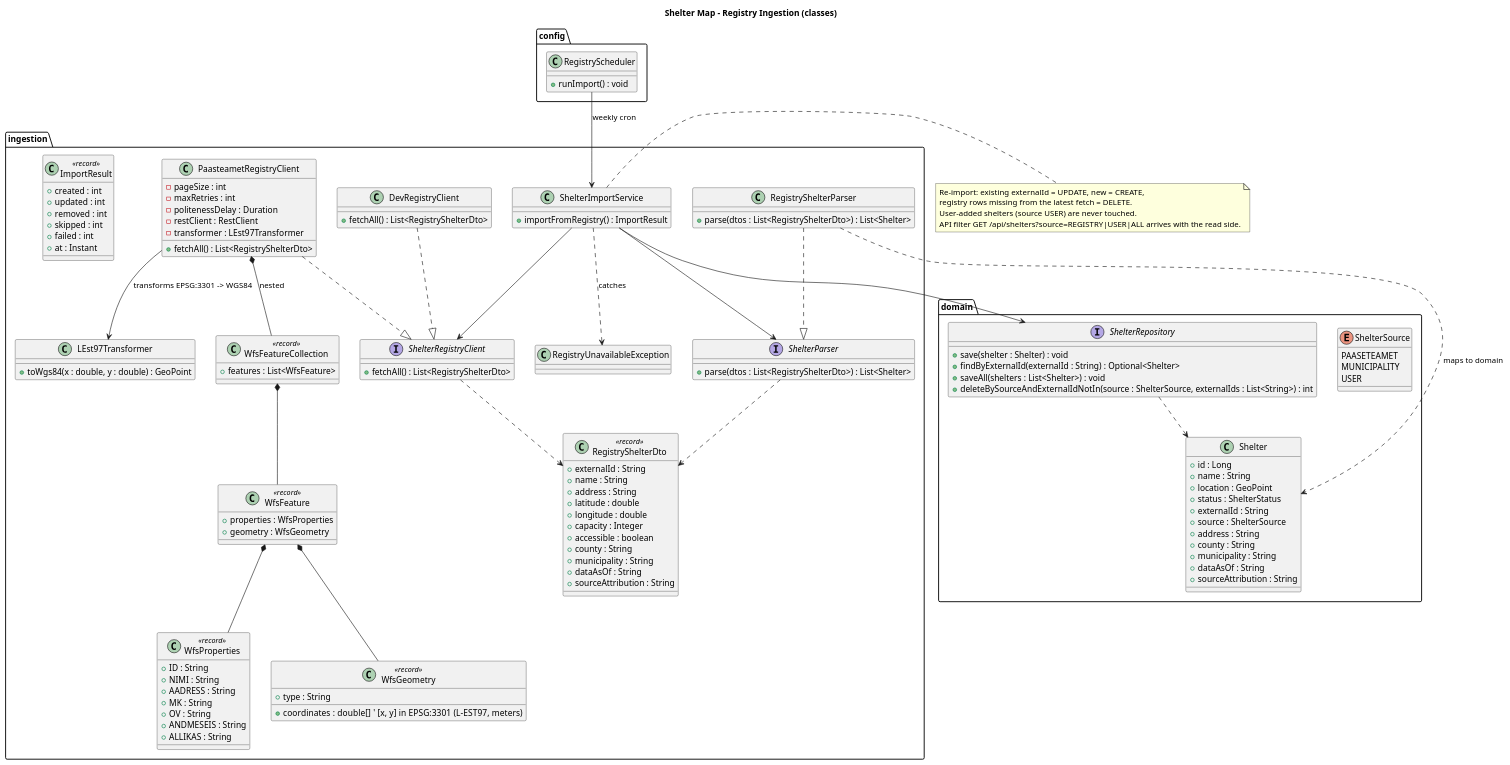
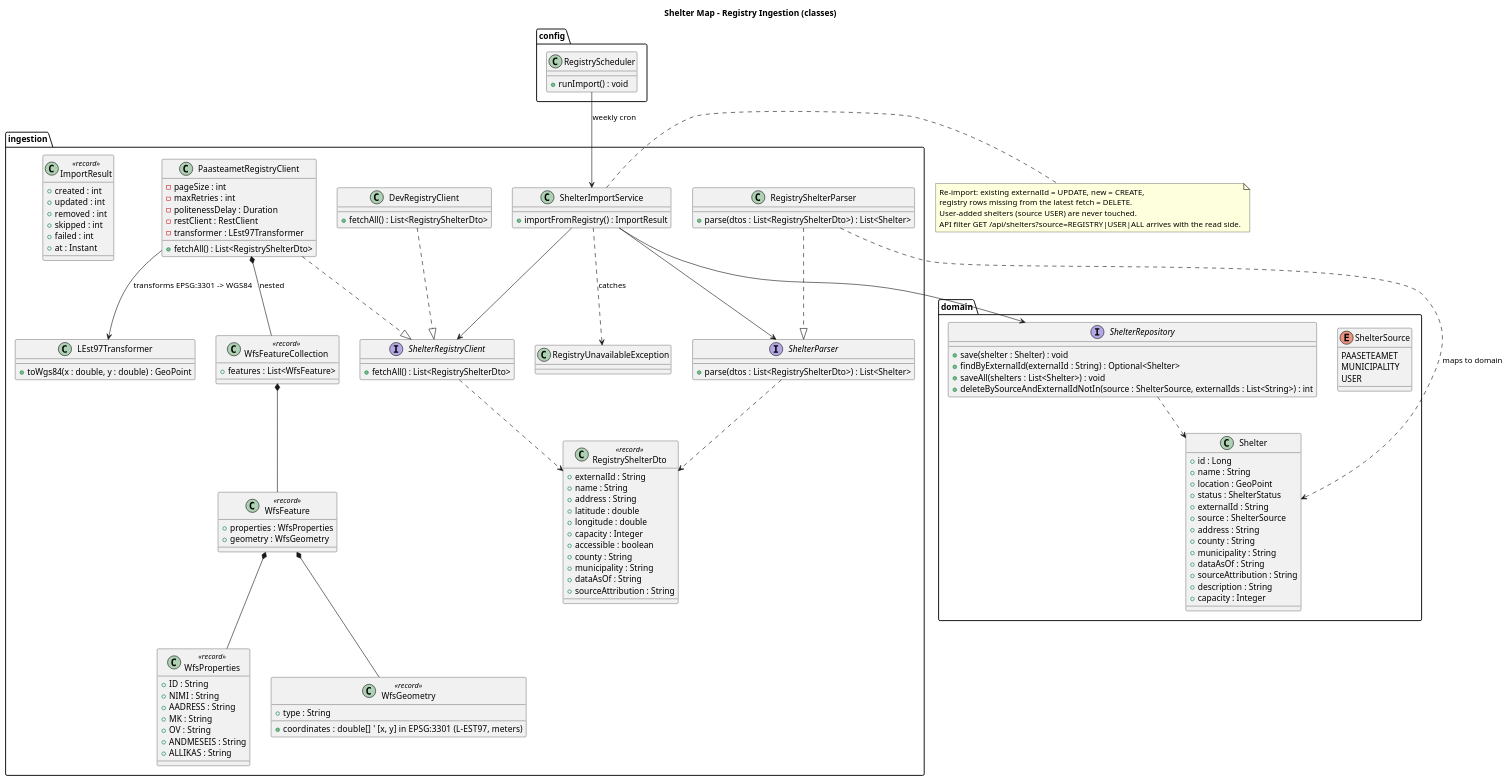
The first of 2 diagrams in context-and-tasks/04-ingestion.puml (Bro223/OpenShelter), drawn with PlantUML before and after one commit. The commit also changed 70 other files, not shown here.

```diff
--- a/context-and-tasks/04-ingestion.puml
+++ b/context-and-tasks/04-ingestion.puml
@@ -1,164 +1,167 @@
 @startuml
 title Shelter Map - Registry Ingestion (classes)
 ' Anti-corruption layer: the external registry format never leaks into the domain.
 ' Dependency direction: ingestion --> domain (Shelter, ShelterRepository). Nothing else changes.
 
 package "ingestion" {
   interface ShelterRegistryClient {
     + fetchAll() : List<RegistryShelterDto>
   }
 
   class PaasteametRegistryClient {
     + fetchAll() : List<RegistryShelterDto>
     ' WFS GetFeature client: typeName=VARJEKOHT, outputFormat=geojson,
     ' startIndex pagination. Retries with backoff, politeness (SDI Ch 9).
     ' Maa-amet ignores srsName - coordinates always arrive in EPSG:3301.
     - pageSize : int
     - maxRetries : int
     - politenessDelay : Duration
     - restClient : RestClient
     - transformer : LEst97Transformer
   }
 
   class DevRegistryClient {
     + fetchAll() : List<RegistryShelterDto>
     ' Reads a local JSON fixture - dev/CI runs without network.
   }
 
   class LEst97Transformer {
     + toWgs84(x : double, y : double) : GeoPoint
     ' EPSG:3301 (L-EST97, meters) -> EPSG:4326 (WGS84) via proj4j.
     ' CRS defined from parameters - no EPSG registry resource needed.
   }
 
   ' Internal WFS payload records (nested inside PaasteametRegistryClient):
   class WfsFeatureCollection <<record>> {
     + features : List<WfsFeature>
   }
   class WfsFeature <<record>> {
     + properties : WfsProperties
     + geometry : WfsGeometry
   }
   class WfsProperties <<record>> {
     + ID : String
     + NIMI : String
     + AADRESS : String
     + MK : String
     + OV : String
     + ANDMESEIS : String
     + ALLIKAS : String
   }
   class WfsGeometry <<record>> {
     + type : String
     + coordinates : double[]   ' [x, y] in EPSG:3301 (L-EST97, meters)
   }
 
   class RegistryShelterDto <<record>> {
     + externalId : String
     + name : String
     + address : String
     + latitude : double
     + longitude : double
     + capacity : Integer
     + accessible : boolean
     + county : String
     + municipality : String
     + dataAsOf : String
     + sourceAttribution : String
     ' The registry JSON shape - dies at this boundary.
     ' Full WFS record is stored locally; the API serves only the lean projection.
   }
 
   interface ShelterParser {
     + parse(dtos : List<RegistryShelterDto>) : List<Shelter>
   }
 
   class RegistryShelterParser {
     + parse(dtos : List<RegistryShelterDto>) : List<Shelter>
     ' Validates coordinates + Estonia bbox; malformed rows skipped and counted.
   }
 
   class ShelterImportService {
     + importFromRegistry() : ImportResult
     ' Orchestrates: fetch, parse, dedupe, upsert, remove delisted.
   }
 
   class ImportResult <<record>> {
     + created : int
     + updated : int
     + removed : int
     + skipped : int
     + failed : int
     + at : Instant
   }
 
   class RegistryUnavailableException {
     ' Thrown when the registry is unreachable - import fails gracefully.
   }
 }
 
 package "config" {
   class RegistryScheduler {
     + runImport() : void
     ' @Scheduled cron (default Mon 03:00 Europe/Tallinn; app.registry.cron/zone),
     ' AtomicBoolean overlap guard, failure-tolerant logging, schedule-enabled toggle.
   }
 }
 
 package "domain" {
   class Shelter {
     + id : Long
     + name : String
     + location : GeoPoint
     + status : ShelterStatus
     + externalId : String
     + source : ShelterSource
     + address : String
     + county : String
     + municipality : String
     + dataAsOf : String
     + sourceAttribution : String
+    + description : String
+    + capacity : Integer
     ' externalId + source set by the import side. User submissions: externalId null, source USER.
     ' Full WFS record (address/county/municipality/dataAsOf/sourceAttribution) is
     ' stored locally; the API DTO serves only what the map needs.
+    ' description/capacity: USER-submission details (stored since V3; null for registry rows).
   }
 
   enum ShelterSource {
     PAASETEAMET
     MUNICIPALITY
     USER
   }
 
   interface ShelterRepository {
     + save(shelter : Shelter) : void
     + findByExternalId(externalId : String) : Optional<Shelter>
     + saveAll(shelters : List<Shelter>) : void
     + deleteBySourceAndExternalIdNotIn(source : ShelterSource, externalIds : List<String>) : int
   }
 }
 
 PaasteametRegistryClient ..|> ShelterRegistryClient
 DevRegistryClient ..|> ShelterRegistryClient
 ShelterRegistryClient ..> RegistryShelterDto
 PaasteametRegistryClient --> LEst97Transformer : transforms EPSG:3301 -> WGS84
 PaasteametRegistryClient *-- WfsFeatureCollection : nested
 WfsFeatureCollection *-- WfsFeature
 WfsFeature *-- WfsProperties
 WfsFeature *-- WfsGeometry
 RegistryShelterParser ..|> ShelterParser
 ShelterParser ..> RegistryShelterDto
 RegistryShelterParser ..> Shelter : maps to domain
 ShelterImportService --> ShelterRegistryClient
 ShelterImportService --> ShelterParser
 ShelterImportService --> ShelterRepository
 RegistryScheduler --> ShelterImportService : weekly cron
 ShelterImportService ..> RegistryUnavailableException : catches
 ShelterRepository ..> Shelter
 
 note right of ShelterImportService
   Re-import: existing externalId = UPDATE, new = CREATE,
   registry rows missing from the latest fetch = DELETE.
   User-added shelters (source USER) are never touched.
   API filter GET /api/shelters?source=REGISTRY|USER|ALL arrives with the read side.
 end note
 @enduml
```
